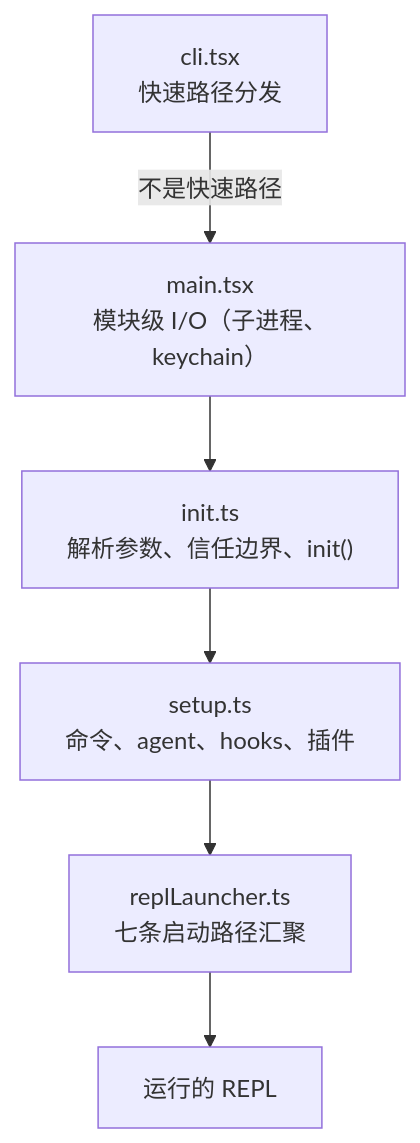
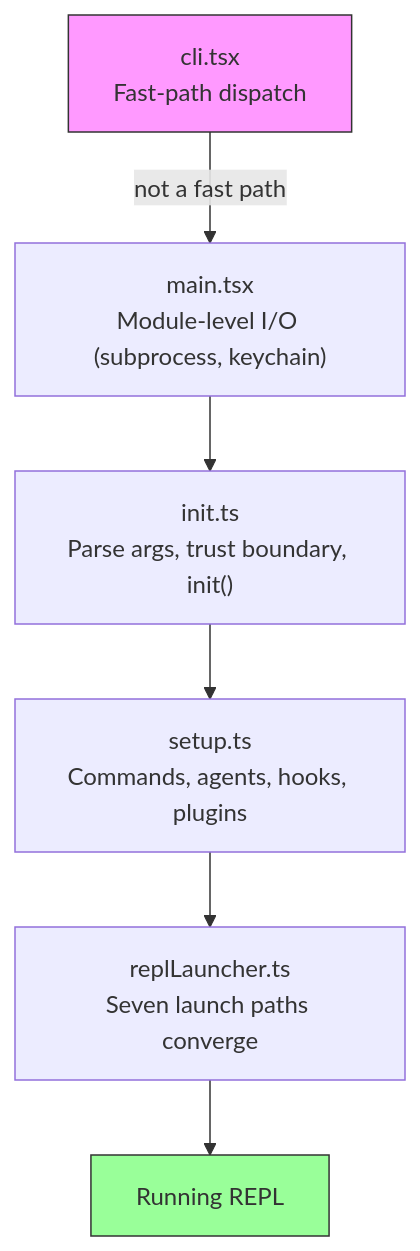
Before and after one commit to llwanghong/claude-code-universe: the first of 4 diagrams in book-zh/ch02-bootstrap.md, drawn with Mermaid. The commit also changed other lines of this file and 4 other files, not shown here.

````diff
--- a/book-zh/ch02-bootstrap.md
+++ b/book-zh/ch02-bootstrap.md
@@ -13,8 +17,11 @@
 ```mermaid
 flowchart TD
-    CLI["cli.tsx<br/>快速路径分发"] -->|不是快速路径| Main["main.tsx<br/>模块级 I/O（子进程、keychain）"]
-    Main --> Init["init.ts<br/>解析参数、信任边界、init()"]
-    Init --> Setup["setup.ts<br/>命令、agent、hooks、插件"]
-    Setup --> Launch["replLauncher.ts<br/>七条启动路径汇聚"]
-    Launch --> REPL["运行的 REPL"]
+    CLI["cli.tsx<br/>Fast-path dispatch"] -->|not a fast path| Main["main.tsx<br/>Module-level I/O (subprocess, keychain)"]
+    Main --> Init["init.ts<br/>Parse args, trust boundary, init()"]
+    Init --> Setup["setup.ts<br/>Commands, agents, hooks, plugins"]
+    Setup --> Launch["replLauncher.ts<br/>Seven launch paths converge"]
+    Launch --> REPL["Running REPL"]
+
+    style CLI fill:#f9f,stroke:#333
+    style REPL fill:#9f9,stroke:#333
 ```
````
